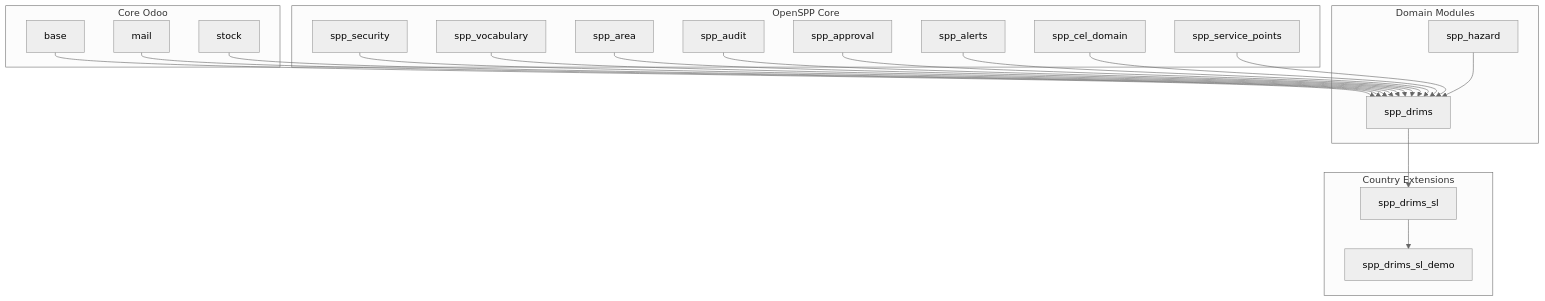
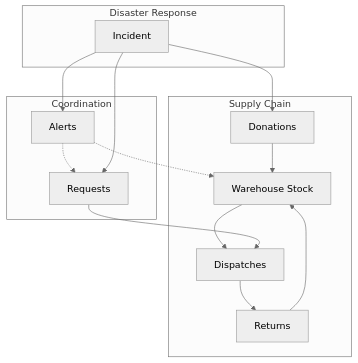
The first of 4 diagrams in docs/developer_guide/drims/architecture.md (OpenSPP/documentation), drawn with Mermaid (neutral theme) before and after one commit. The commit also changed other lines of this file and 12 other files, not shown here.

````diff
--- a/docs/developer_guide/drims/architecture.md
+++ b/docs/developer_guide/drims/architecture.md
@@ -21,44 +25,23 @@
-```mermaid
-graph TD
-    subgraph "Core Odoo"
-        BASE[base]
-        MAIL[mail]
-        STOCK[stock]
+```{mermaid}
+graph TB
+    subgraph "Disaster Response"
+        INC[Incident]
     end
 
-    subgraph "OpenSPP Core"
-        SEC[spp_security]
-        VOC[spp_vocabulary]
-        AREA[spp_area]
-        AUD[spp_audit]
-        APR[spp_approval]
-        ALR[spp_alerts]
-        CEL[spp_cel_domain]
-        SVC[spp_service_points]
+    subgraph "Supply Chain"
+        DON[Donations] --> WH[Warehouse Stock]
+        WH --> DSP[Dispatches]
+        DSP --> RET[Returns]
+        RET --> WH
     end
 
-    subgraph "Domain Modules"
-        HAZ[spp_hazard]
-        DRIMS[spp_drims]
+    subgraph "Coordination"
+        REQ[Requests] --> DSP
+        ALR[Alerts] -.-> WH
+        ALR -.-> REQ
     end
 
-    subgraph "Country Extensions"
-        SL[spp_drims_sl]
-        DEMO[spp_drims_sl_demo]
-    end
-
-    BASE --> DRIMS
-    MAIL --> DRIMS
-    STOCK --> DRIMS
-    SEC --> DRIMS
-    VOC --> DRIMS
-    AREA --> DRIMS
-    AUD --> DRIMS
-    APR --> DRIMS
-    ALR --> DRIMS
-    CEL --> DRIMS
-    SVC --> DRIMS
-    HAZ --> DRIMS
-    DRIMS --> SL
-    SL --> DEMO
+    INC --> DON
+    INC --> REQ
+    INC --> ALR
 ```
````
